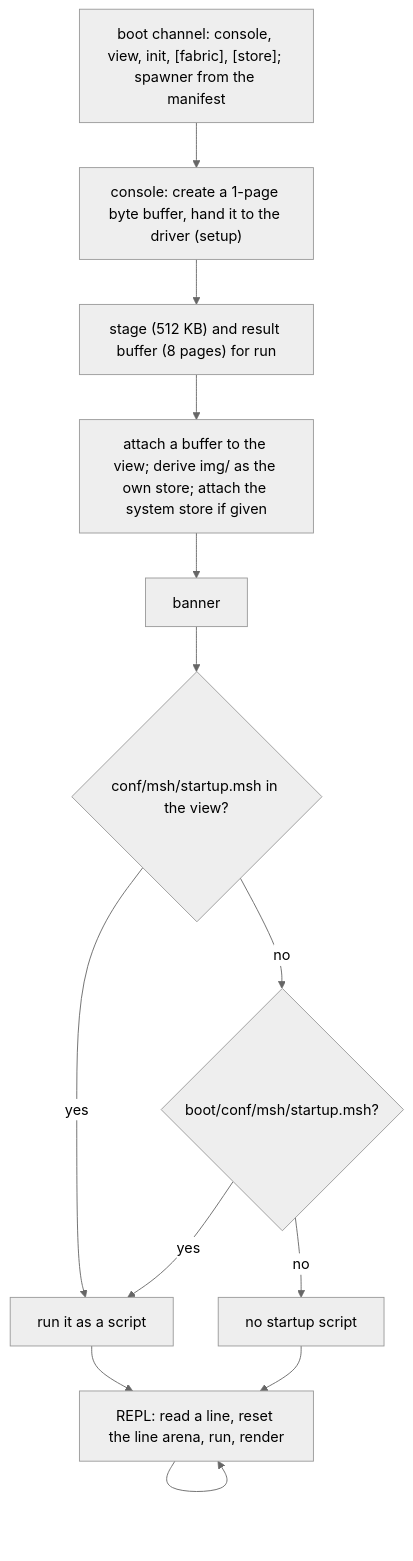
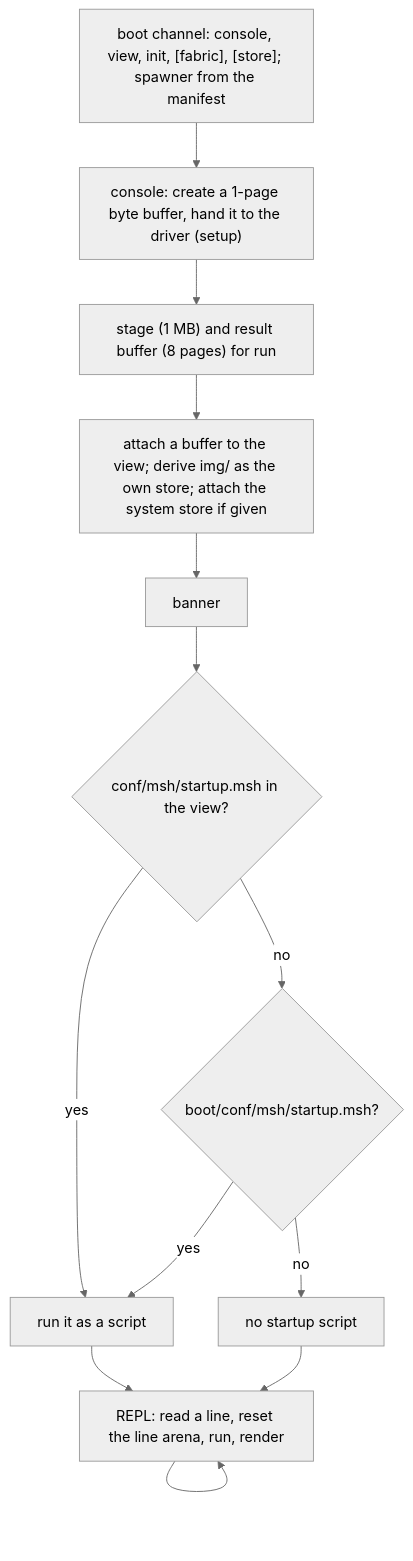
One commit to mylanconnolly/moss changed the fourth of 4 diagrams in docs/shell.md. Above: the diagram before and after it, drawn with Mermaid (neutral theme). The commit also changed other lines of this file and 36 other files, not shown here.

````diff
--- a/docs/shell.md
+++ b/docs/shell.md
@@ -396,15 +396,15 @@
 ```mermaid
 flowchart TD
   A["boot channel: console, view, init, [fabric], [store]; spawner from the manifest"] --> B["console: create a 1-page byte buffer, hand it to the driver (setup)"]
-  B --> C["stage (512 KB) and result buffer (8 pages) for run"]
+  B --> C["stage (1 MB) and result buffer (8 pages) for run"]
   C --> D["attach a buffer to the view; derive img/ as the own store; attach the system store if given"]
   D --> E["banner"]
   E --> F{"conf/msh/startup.msh in the view?"}
   F -- yes --> G["run it as a script"]
   F -- no --> H{"boot/conf/msh/startup.msh?"}
   H -- yes --> G
   H -- no --> I["no startup script"]
   G --> J["REPL: read a line, reset the line arena, run, render"]
   I --> J
   J --> J
 ```
````
